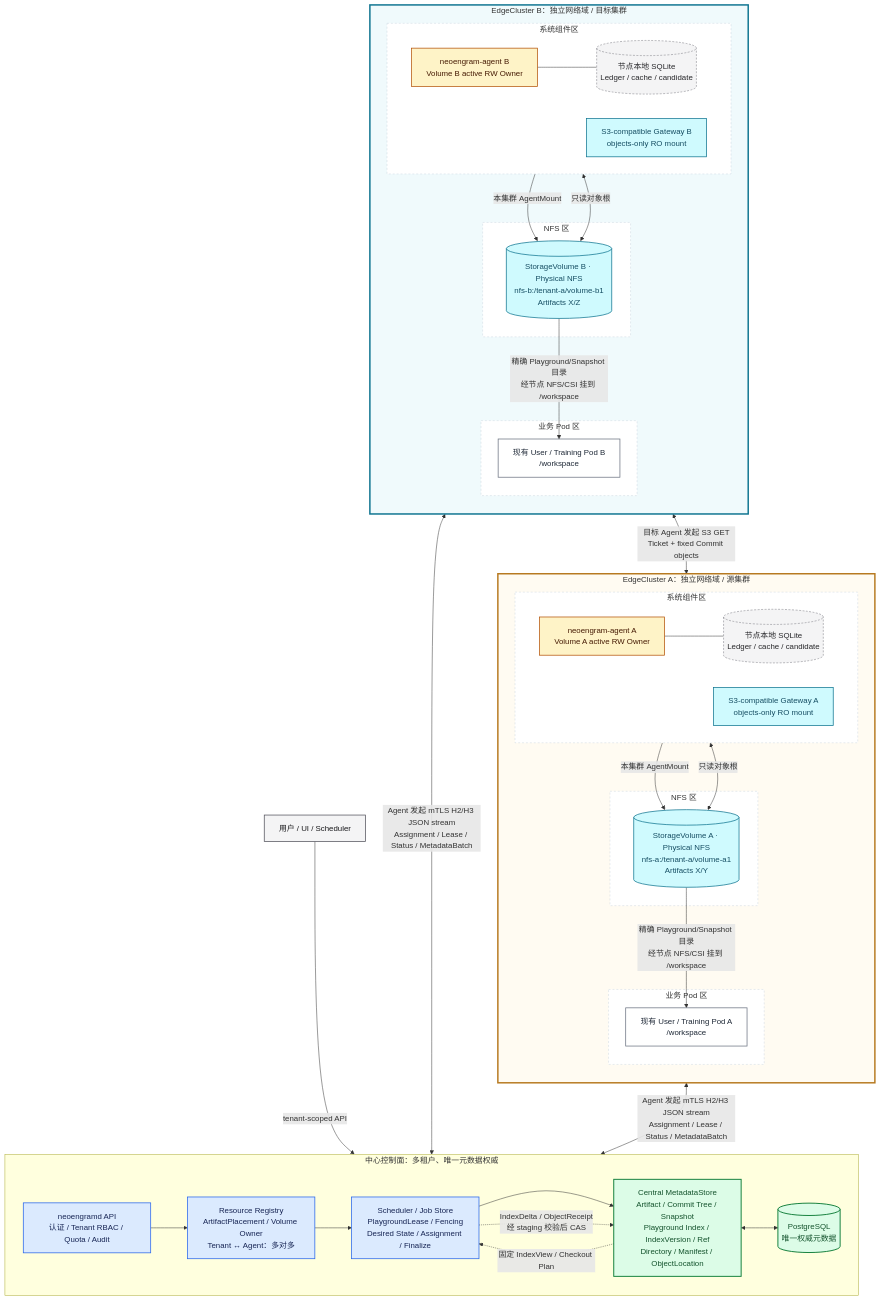
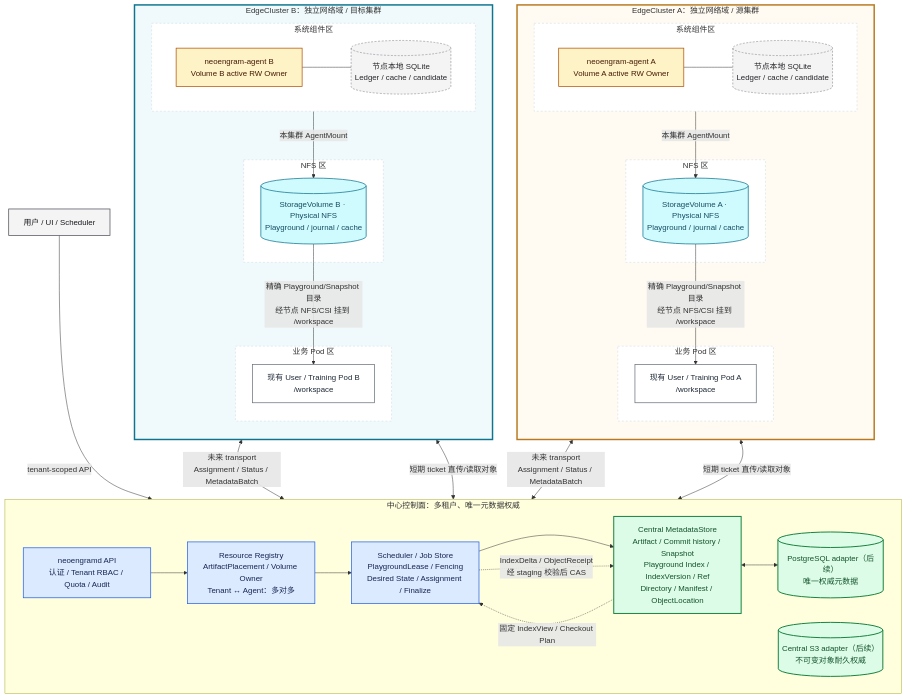
The diagram in docs/agent-central-control.md (kwsc98/neoengram), drawn with Mermaid before and after one commit. The commit also changed other lines of this file and 176 other files, not shown here.

Commit message:
feat: establish centralized agent architecture

```diff
--- a/docs/agent-central-control.md
+++ b/docs/agent-central-control.md
@@ -276,8 +298,9 @@
         API["neoengramd API<br/>认证 / Tenant RBAC / Quota / Audit"]
         REGISTRY["Resource Registry<br/>ArtifactPlacement / Volume Owner<br/>Tenant ↔ Agent：多对多"]
         JOBS["Scheduler / Job Store<br/>PlaygroundLease / Fencing<br/>Desired State / Assignment / Finalize"]
-        META["Central MetadataStore<br/>Artifact / Commit Tree / Snapshot<br/>Playground Index / IndexVersion / Ref<br/>Directory / Manifest / ObjectLocation"]
-        PG[("PostgreSQL<br/>唯一权威元数据")]
+        META["Central MetadataStore<br/>Artifact / Commit history / Snapshot<br/>Playground Index / IndexVersion / Ref<br/>Directory / Manifest / ObjectLocation"]
+        PG[("PostgreSQL adapter（后续）<br/>唯一权威元数据")]
+        S3[("Central S3 adapter（后续）<br/>不可变对象耐久权威")]
 
         API --> REGISTRY --> JOBS
         JOBS --> META
@@ -290,17 +313,15 @@
             direction LR
             AGENT_A["neoengram-agent A<br/>Volume A active RW Owner"]
             LOCAL_A[("节点本地 SQLite<br/>Ledger / cache / candidate")]
-            GATEWAY_A["S3-compatible Gateway A<br/>objects-only RO mount"]
             AGENT_A --- LOCAL_A
         end
         subgraph NFS_ZONE_A["NFS 区"]
-            NFS_A[("StorageVolume A · Physical NFS<br/>nfs-a:/tenant-a/volume-a1<br/>Artifacts X/Y")]
+            NFS_A[("StorageVolume A · Physical NFS<br/>Playground / journal / cache")]
         end
         subgraph BIZ_A["业务 Pod 区"]
             POD_A["现有 User / Training Pod A<br/>/workspace"]
         end
         AGENT_A -->|"本集群 AgentMount"| NFS_A
-        GATEWAY_A <-->|"只读对象根"| NFS_A
         NFS_A -->|"精确 Playground/Snapshot 目录<br/>经节点 NFS/CSI 挂到 /workspace"| POD_A
     end
 
@@ -310,26 +331,24 @@
             direction LR
             AGENT_B["neoengram-agent B<br/>Volume B active RW Owner"]
             LOCAL_B[("节点本地 SQLite<br/>Ledger / cache / candidate")]
-            GATEWAY_B["S3-compatible Gateway B<br/>objects-only RO mount"]
             AGENT_B --- LOCAL_B
         end
         subgraph NFS_ZONE_B["NFS 区"]
-            NFS_B[("StorageVolume B · Physical NFS<br/>nfs-b:/tenant-a/volume-b1<br/>Artifacts X/Z")]
+            NFS_B[("StorageVolume B · Physical NFS<br/>Playground / journal / cache")]
         end
         subgraph BIZ_B["业务 Pod 区"]
             POD_B["现有 User / Training Pod B<br/>/workspace"]
         end
         AGENT_B -->|"本集群 AgentMount"| NFS_B
-        GATEWAY_B <-->|"只读对象根"| NFS_B
         NFS_B -->|"精确 Playground/Snapshot 目录<br/>经节点 NFS/CSI 挂到 /workspace"| POD_B
     end
 
     USER -->|"tenant-scoped API"| API
 
-    AGENT_A <-->|"Agent 发起 mTLS H2/H3 JSON stream<br/>Assignment / Lease / Status / MetadataBatch"| JOBS
-    AGENT_B <-->|"Agent 发起 mTLS H2/H3 JSON stream<br/>Assignment / Lease / Status / MetadataBatch"| JOBS
-
-    AGENT_B <-->|"目标 Agent 发起 S3 GET<br/>Ticket + fixed Commit objects"| GATEWAY_A
+    AGENT_A <-->|"未来 transport<br/>Assignment / Status / MetadataBatch"| JOBS
+    AGENT_B <-->|"未来 transport<br/>Assignment / Status / MetadataBatch"| JOBS
+    AGENT_A <-->|"短期 ticket 直传/读取对象"| S3
+    AGENT_B <-->|"短期 ticket 直传/读取对象"| S3
 
     META -.->|"固定 IndexView / Checkout Plan"| JOBS
     JOBS -.->|"IndexDelta / ObjectReceipt<br/>经 staging 校验后 CAS"| META
@@ -344,11 +363,11 @@
 
     class USER entry;
     class API,REGISTRY,JOBS control;
-    class META,PG authority;
+    class META,PG,S3 authority;
     class AGENT_A,AGENT_B agent;
     class POD_A,POD_B workload;
     class LOCAL_A,LOCAL_B local;
-    class NFS_A,NFS_B,GATEWAY_A,GATEWAY_B storage;
+    class NFS_A,NFS_B storage;
 
     style CLUSTER_A fill:#fffbf2,stroke:#b7791f,stroke-width:3px
     style CLUSTER_B fill:#f0fafc,stroke:#0e7490,stroke-width:3px
```
